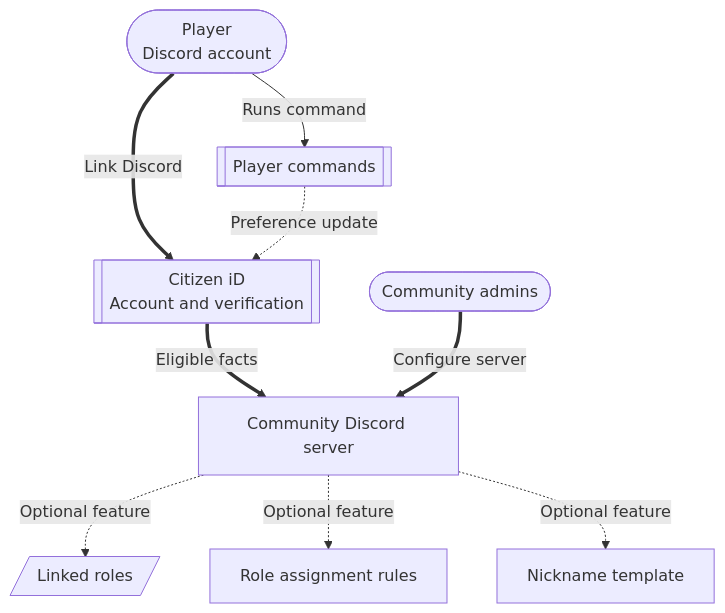
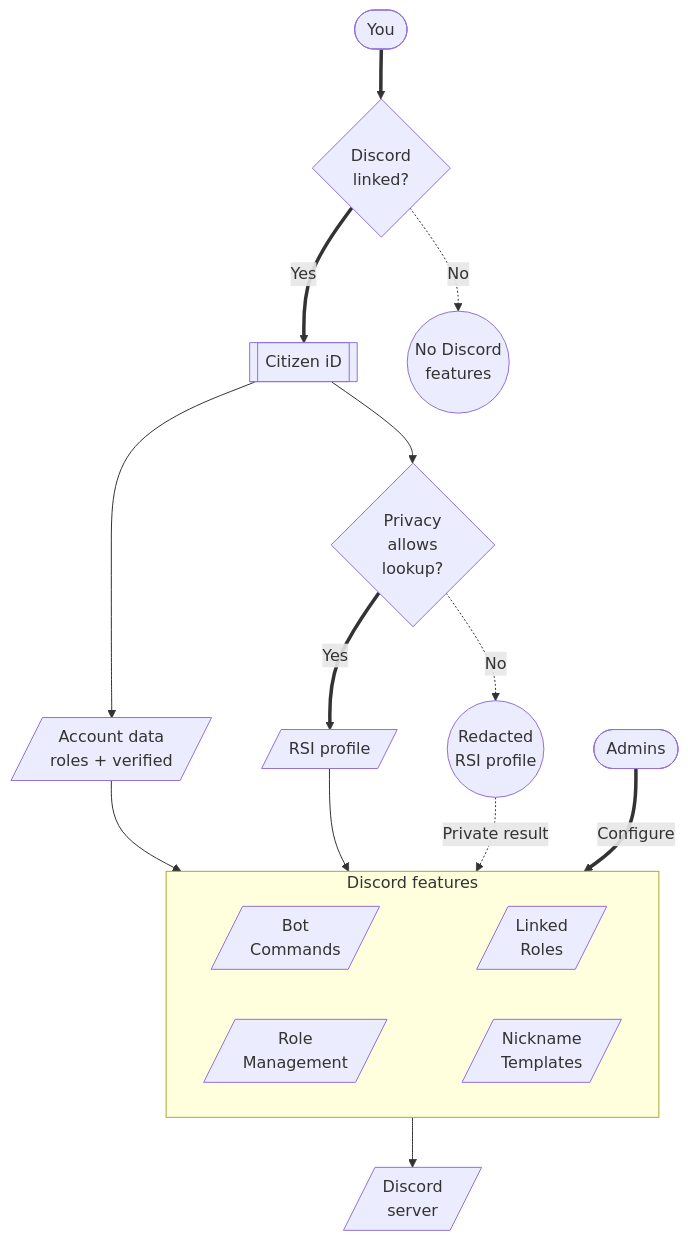
The diagram in docs/players/discord-integrations.md (ArkanisCorporation/CitizenId-docs), drawn with Mermaid before and after one commit. The commit also changed other lines of this file and 3 other files, not shown here.

Commit message:
fix: revise Discord integrations, fix cluster coloring in diagrams

````diff
--- a/docs/players/discord-integrations.md
+++ b/docs/players/discord-integrations.md
@@ -24,30 +28,51 @@
 ```mermaid
 flowchart TD
-  player(["Player<br/>Discord account"])
-  cid[["Citizen iD<br/>Account and verification"]]
-  server["Community Discord server"]
-  linked[/"Linked roles"/]
-  roles["Role assignment rules"]
-  nick["Nickname template"]
-  commands[["Player commands"]]
-  admins(["Community admins"])
+  you(["You"])
+  linkedDiscord{"Discord<br/>linked?"}
+  cid[["Citizen iD"]]
+  basicData[/Account data<br/>roles + verified/]
+  lookupAllowed{"Privacy<br/>allows<br/>lookup?"}
+  rsiData[/RSI profile/]
+  redacted(("Redacted<br/>RSI profile"))
+  noLink(("No Discord<br/>features"))
+  admins(["Admins"])
+  server[/"Discord<br/>server"/]
 
-  player ==>|Link Discord| cid
-  cid ==>|Eligible facts| server
-  admins ==>|Configure server| server
-  server -. "Optional feature" .-> linked
-  server -. "Optional feature" .-> roles
-  server -. "Optional feature" .-> nick
-  player -->|"Runs command"| commands
-  commands -. "Preference update" .-> cid
+  subgraph features["Discord features"]
+    direction LR
+    botCommands[/"Bot<br>Commands"/]
+    linkedRoles[/"Linked<br>Roles"/]
+    roles[/"Role<br>Management"/]
+    nicknameTemplates[/"Nickname<br>Templates"/]
+  end
 
-  class player,admins actor;
+  you ==> linkedDiscord
+  linkedDiscord -. "No" .-> noLink
+  linkedDiscord ==>|Yes| cid
+  cid --> basicData
+  cid --> lookupAllowed
+  lookupAllowed ==>|Yes| rsiData
+  lookupAllowed -. "No" .-> redacted
+
+  basicData --> features
+  rsiData --> features
+  redacted -. "Private result" .-> features
+  features --> server
+  admins ==>|Configure| features
+
+  botCommands ~~~ linkedRoles
+  roles ~~~ nicknameTemplates
+
+  class you,members,admins actor;
+  class server,linkedRoles,roles,nicknameTemplates,botCommands context;
   class cid service;
-  class server context;
-  class linked,roles,nick,commands action;
+  class basicData,rsiData data;
+  class linkedDiscord,lookupAllowed decision;
+  class noLink,redacted blocked;
 
   click admins "/community-admins/" "Open Community Admin Guide" _self
   click server "/community-admins/discord-bot" "Open Discord Bot" _self
-  click roles "/community-admins/role-assignments" "Open Role Assignments" _self
-  click nick "/community-admins/nickname-management" "Open Nickname Management" _self
+  click linkedRoles "#linked-roles" "Open Linked Roles" _self
+  click nicknameTemplates "/community-admins/nickname-management" "Open Nickname Management" _self
+  click botCommands "/players/discord-integrations#player-commands" "Open Player Commands" _self
 ```
````
